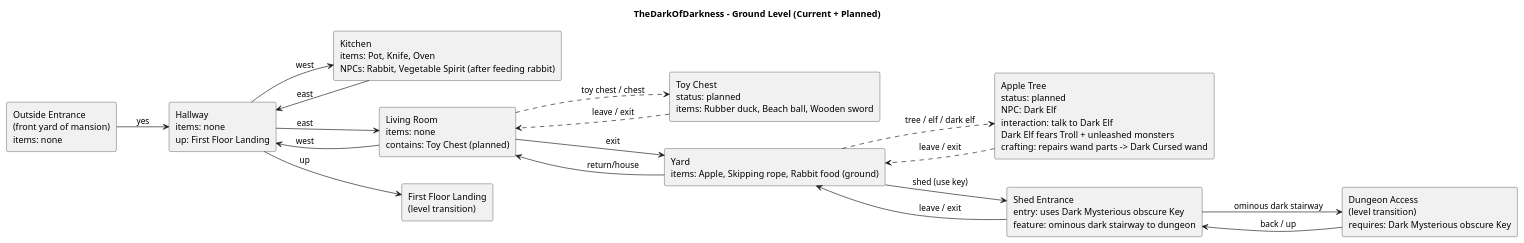
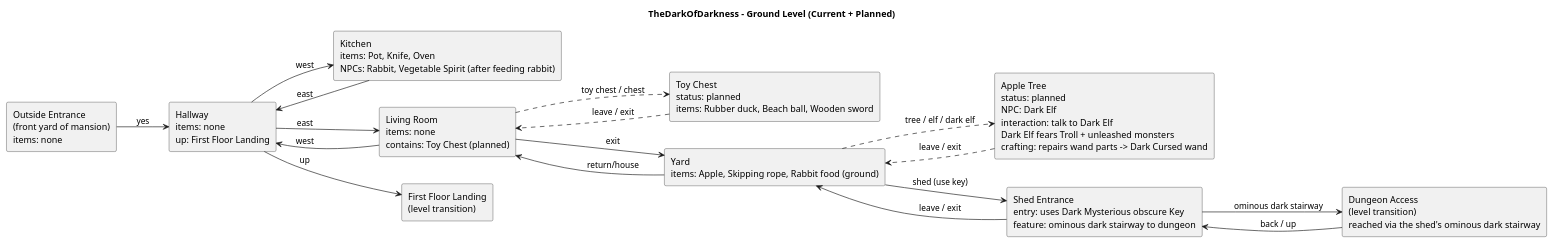
Before and after one commit to arranbartish/text-adventures: the diagram in docs/TheDarkOfDarkness/map/ground-level.puml, drawn with PlantUML. The commit also changed 5 other files, not shown here.

```diff
--- a/docs/TheDarkOfDarkness/map/ground-level.puml
+++ b/docs/TheDarkOfDarkness/map/ground-level.puml
@@ -1,36 +1,36 @@
 @startuml
 title TheDarkOfDarkness - Ground Level (Current + Planned)
 
 skinparam shadowing false
 skinparam packageStyle rectangle
 left to right direction
 
 rectangle "Outside Entrance\n(front yard of mansion)\nitems: none" as outside
 rectangle "Hallway\nitems: none\nup: First Floor Landing" as hallway
 rectangle "Kitchen\nitems: Pot, Knife, Oven\nNPCs: Rabbit, Vegetable Spirit (after feeding rabbit)" as kitchen
 rectangle "Living Room\nitems: none\ncontains: Toy Chest (planned)" as living
 rectangle "Toy Chest\nstatus: planned\nitems: Rubber duck, Beach ball, Wooden sword" as toyChest
 rectangle "Yard\nitems: Apple, Skipping rope, Rabbit food (ground)" as yard
 rectangle "Apple Tree\nstatus: planned\nNPC: Dark Elf\ninteraction: talk to Dark Elf\nDark Elf fears Troll + unleashed monsters\ncrafting: repairs wand parts -> Dark Cursed wand" as appleTree
 rectangle "Shed Entrance\nentry: uses Dark Mysterious obscure Key\nfeature: ominous dark stairway to dungeon" as shed
-rectangle "Dungeon Access\n(level transition)\nrequires: Dark Mysterious obscure Key" as dungeonAccess
+rectangle "Dungeon Access\n(level transition)\nreached via the shed's ominous dark stairway" as dungeonAccess
 rectangle "First Floor Landing\n(level transition)" as firstFloorLanding
 
 outside --> hallway : yes
 hallway --> kitchen : west
 kitchen --> hallway : east
 hallway --> firstFloorLanding : up
 hallway --> living : east
 living --> hallway : west
 living ..> toyChest : toy chest / chest
 toyChest ..> living : leave / exit
 living --> yard : exit
 yard --> living : return/house
 yard ..> appleTree : tree / elf / dark elf
 appleTree ..> yard : leave / exit
 yard --> shed : shed (use key)
 shed --> yard : leave / exit
 shed --> dungeonAccess : ominous dark stairway
 dungeonAccess --> shed : back / up
 
 @enduml
```
